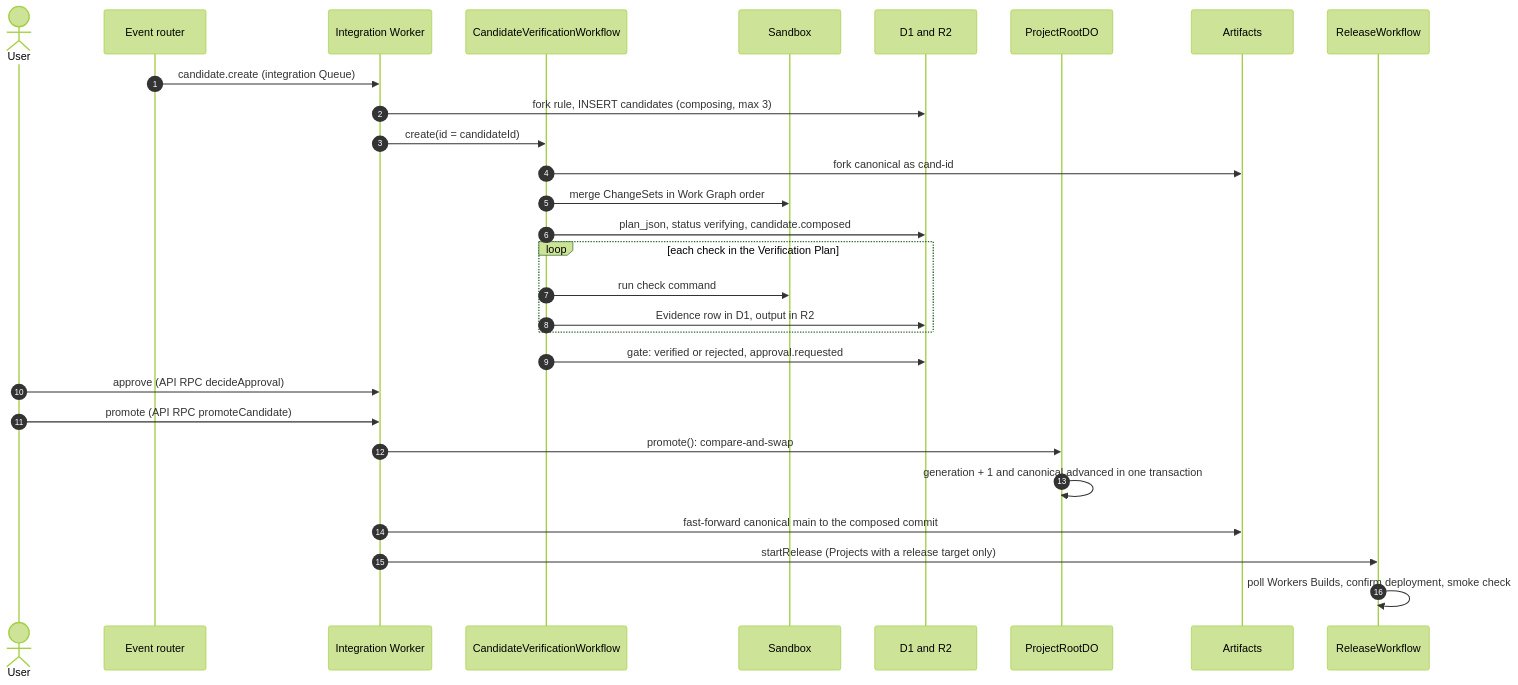
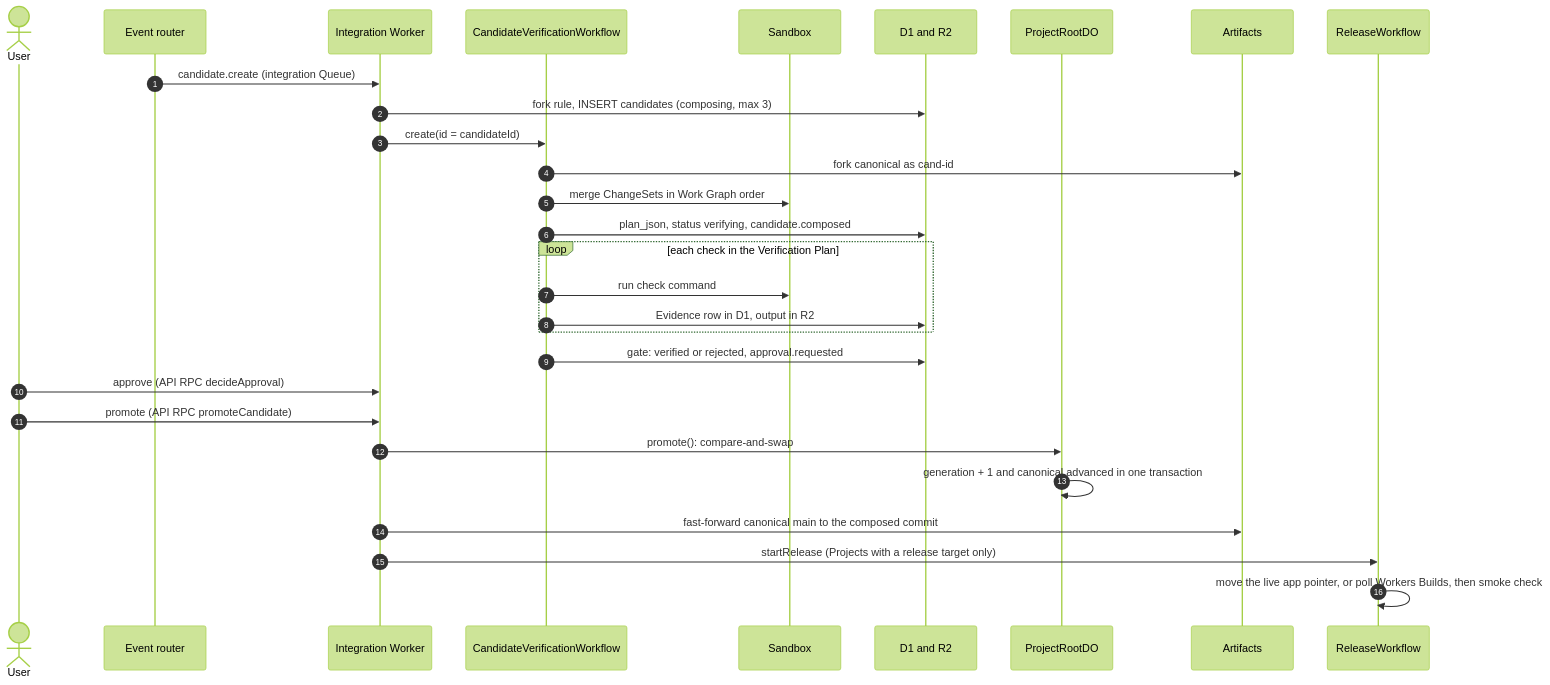
Before and after one commit to nsudhanva/rhumbatron: the third of 7 diagrams in docs/architecture/change-lifecycle.md, drawn with Mermaid (forest theme). The commit also changed other lines of this file and 12 other files, not shown here.

Commit message:
docs(docs): align readme, architecture, protocols and build status with the code

````diff
--- a/docs/architecture/change-lifecycle.md
+++ b/docs/architecture/change-lifecycle.md
@@ -113,32 +113,32 @@
 ```mermaid
 sequenceDiagram
   autonumber
   actor User
   participant ER as Event router
   participant INT as Integration Worker
   participant VW as CandidateVerificationWorkflow
   participant SBX as Sandbox
   participant D1 as D1 and R2
   participant Root as ProjectRootDO
   participant Art as Artifacts
   participant RW as ReleaseWorkflow
 
   ER->>INT: candidate.create (integration Queue)
   INT->>D1: fork rule, INSERT candidates (composing, max 3)
   INT->>VW: create(id = candidateId)
   VW->>Art: fork canonical as cand-id
   VW->>SBX: merge ChangeSets in Work Graph order
   VW->>D1: plan_json, status verifying, candidate.composed
   loop each check in the Verification Plan
     VW->>SBX: run check command
     VW->>D1: Evidence row in D1, output in R2
   end
   VW->>D1: gate: verified or rejected, approval.requested
   User->>INT: approve (API RPC decideApproval)
   User->>INT: promote (API RPC promoteCandidate)
   INT->>Root: promote(): compare-and-swap
   Root->>Root: generation + 1 and canonical.advanced in one transaction
   INT->>Art: fast-forward canonical main to the composed commit
   INT->>RW: startRelease (Projects with a release target only)
-  RW->>RW: poll Workers Builds, confirm deployment, smoke check
+  RW->>RW: move the live app pointer, or poll Workers Builds, then smoke check
 ```
````
